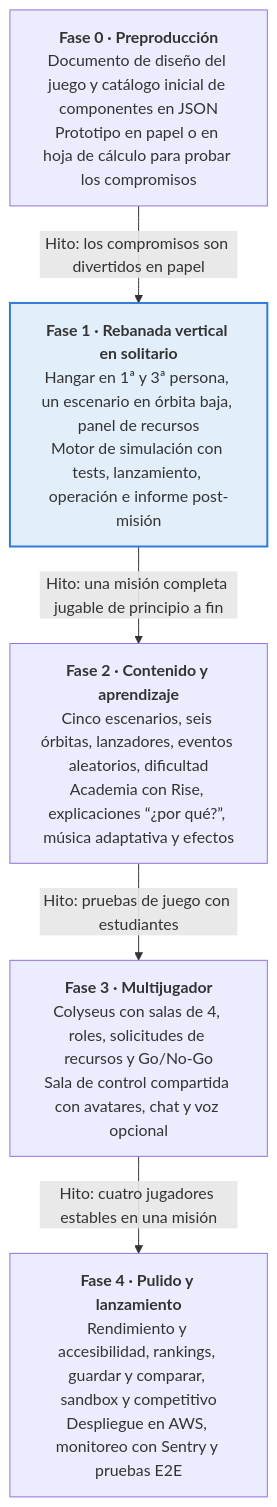
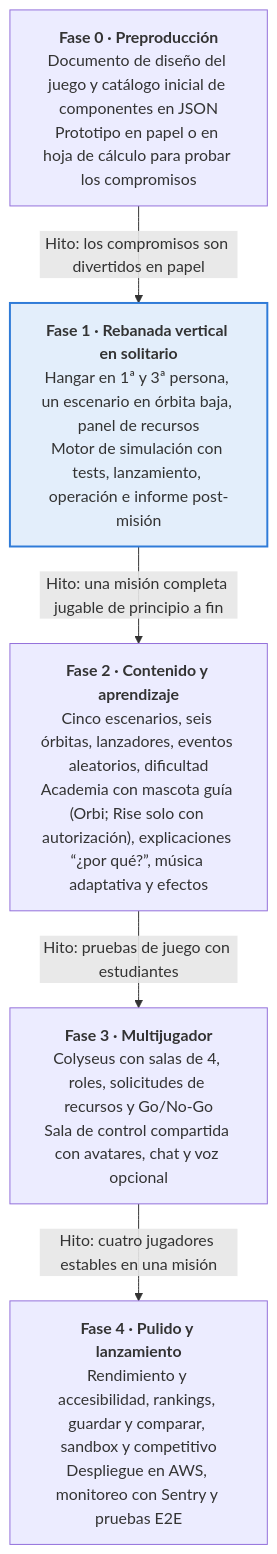
Before and after one commit to katsevi/payload: the diagram in docs/phases/README.md, drawn with Mermaid. The commit also changed 115 other files, not shown here.

First line of the commit message:
feat: fase 2 · contenido y aprendizaje

````diff
--- a/docs/phases/README.md
+++ b/docs/phases/README.md
@@ -5,13 +5,13 @@
 ```mermaid
 flowchart TD
     F0["<b>Fase 0 · Preproducción</b><br/>Documento de diseño del juego y catálogo inicial de componentes en JSON<br/>Prototipo en papel o en hoja de cálculo para probar los compromisos"]
     F1["<b>Fase 1 · Rebanada vertical en solitario</b><br/>Hangar en 1ª y 3ª persona, un escenario en órbita baja, panel de recursos<br/>Motor de simulación con tests, lanzamiento, operación e informe post-misión"]
-    F2["<b>Fase 2 · Contenido y aprendizaje</b><br/>Cinco escenarios, seis órbitas, lanzadores, eventos aleatorios, dificultad<br/>Academia con Rise, explicaciones “¿por qué?”, música adaptativa y efectos"]
+    F2["<b>Fase 2 · Contenido y aprendizaje</b><br/>Cinco escenarios, seis órbitas, lanzadores, eventos aleatorios, dificultad<br/>Academia con mascota guía (Orbi; Rise solo con autorización), explicaciones “¿por qué?”, música adaptativa y efectos"]
     F3["<b>Fase 3 · Multijugador</b><br/>Colyseus con salas de 4, roles, solicitudes de recursos y Go/No-Go<br/>Sala de control compartida con avatares, chat y voz opcional"]
     F4["<b>Fase 4 · Pulido y lanzamiento</b><br/>Rendimiento y accesibilidad, rankings, guardar y comparar, sandbox y competitivo<br/>Despliegue en AWS, monitoreo con Sentry y pruebas E2E"]
     F0 -- "Hito: los compromisos son divertidos en papel" --> F1
     F1 -- "Hito: una misión completa jugable de principio a fin" --> F2
     F2 -- "Hito: pruebas de juego con estudiantes" --> F3
     F3 -- "Hito: cuatro jugadores estables en una misión" --> F4
     style F1 fill:#e3eefb,stroke:#2f7bd8,stroke-width:2px
 ```
````
